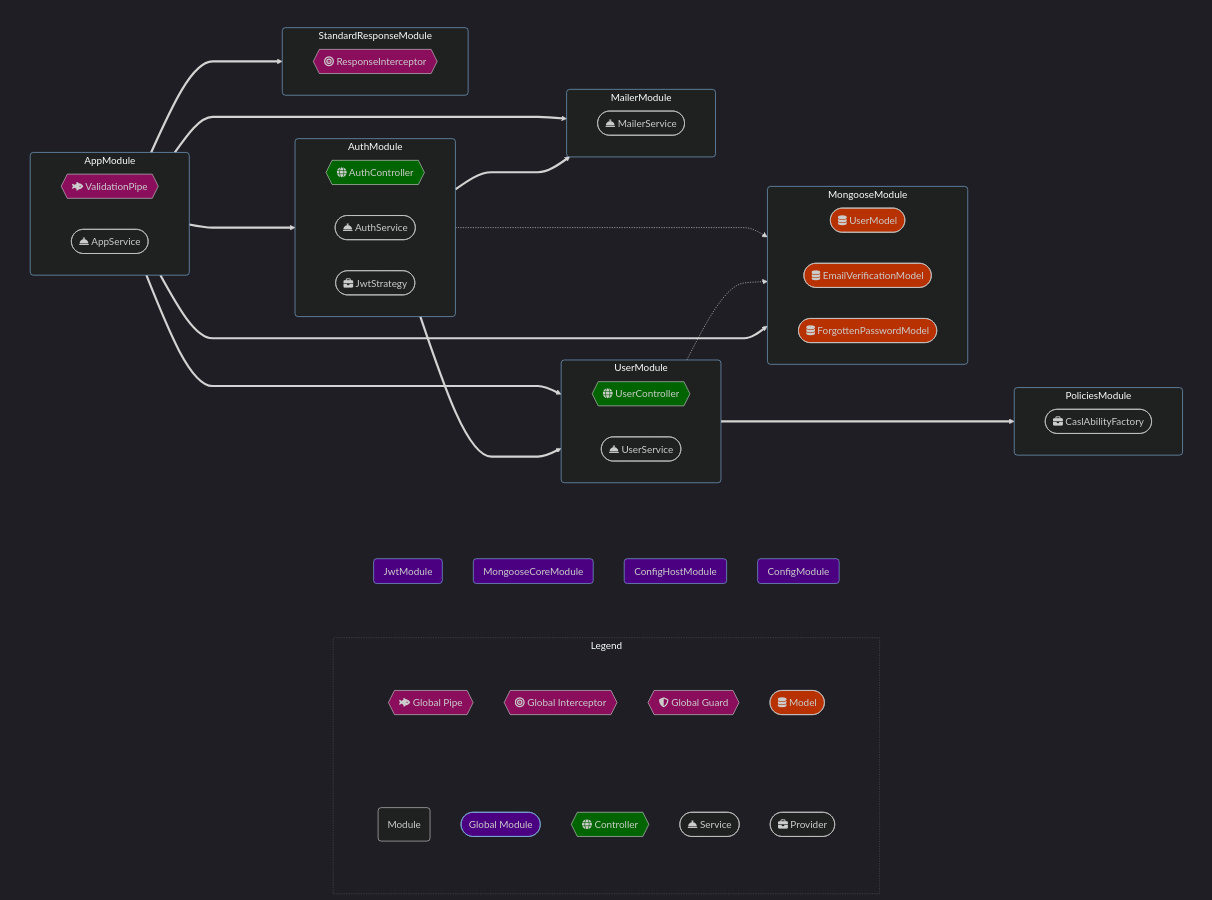
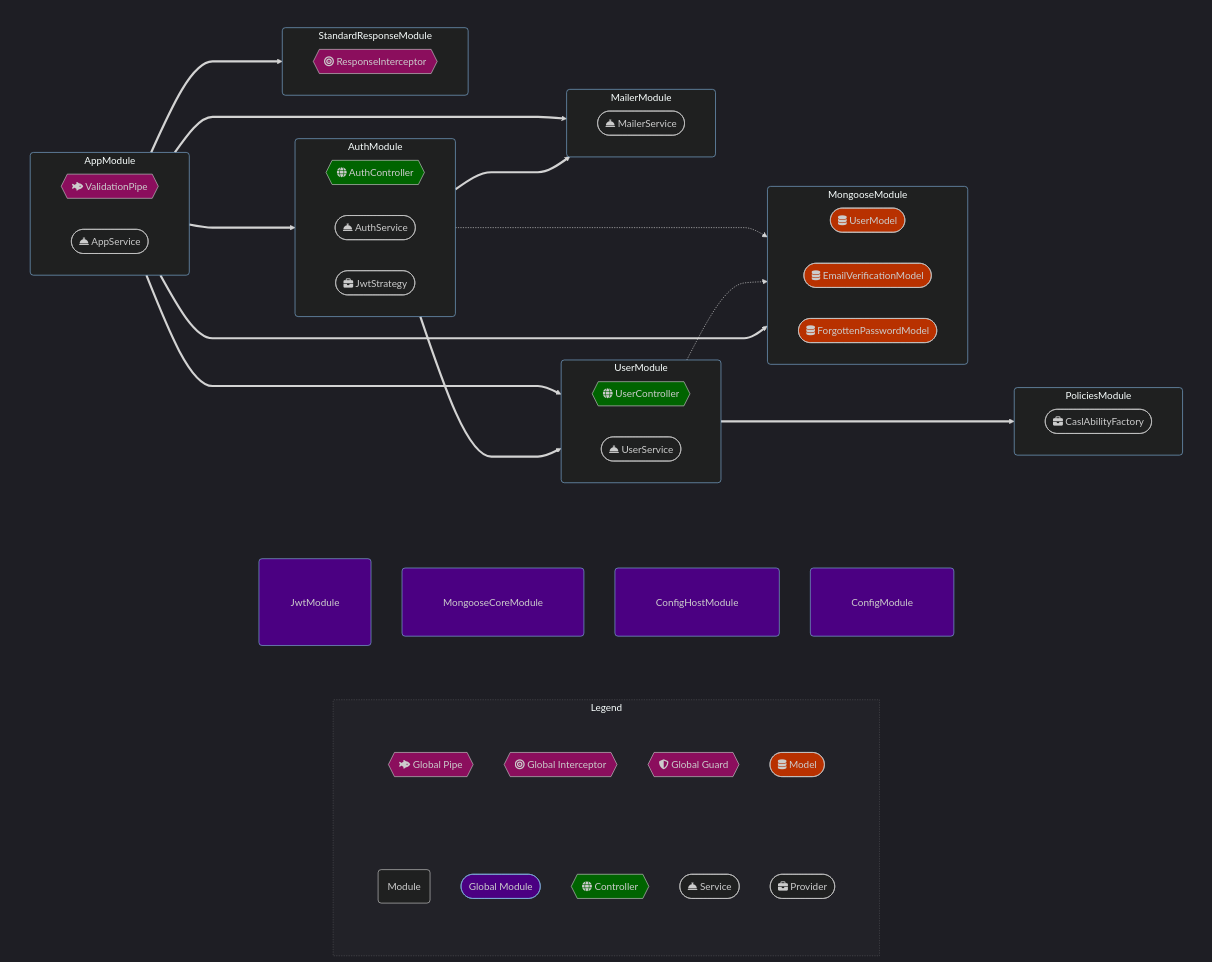
Before and after one commit to simioni/nest-pret: the diagram in README.md, drawn with Mermaid.

````diff
--- a/README.md
+++ b/README.md
@@ -255,9 +255,13 @@
 			Pipe{{fa:fa-fish-fins ValidationPipe}}:::pipe
 			AppService([fa:fa-bell-concierge AppService]):::service
 		end
-		subgraph ConfigModule
+		subgraph ConfigModule[ ]
+      subgraph ConfigModulePadding[ConfigModule]
+      end
 		end
-		subgraph ConfigHostModule
+		subgraph ConfigHostModule[ ]
+      subgraph ConfigHostModulePadding[ConfigHostModule]
+      end
 		end
 		subgraph MongooseModule
 			direction LR
@@ -265,7 +269,9 @@
 			EmailVerificationModel([fa:fa-database EmailVerificationModel]):::model
 			ForgottenPasswordModel([fa:fa-database ForgottenPasswordModel]):::model
 		end
-		subgraph MongooseCoreModule
+		subgraph MongooseCoreModule[ ]
+      subgraph MongooseCoreModulePadding[MongooseCoreModule]
+      end
 		end
 		subgraph StandardResponseModule
 			direction LR
@@ -290,7 +296,9 @@
 			direction LR
 			MailerService([fa:fa-bell-concierge MailerService]):::service
 		end
-		subgraph JwtModule
+		subgraph JwtModule[ ]
+      subgraph JwtModulePadding[JwtModule]
+		  end
 		end
 		
 		AppModule===>MongooseModule
@@ -316,7 +324,7 @@
 classDef layoutGroup fill:none,stroke:none
 classDef groupStyles rx:10,ry:10
 class legend groupStyles
-class modules,globalModules,legendLine1,legendLine2 layoutGroup
+class modules,globalModules,legendLine1,legendLine2,JwtModulePadding,MongooseCoreModulePadding,ConfigModulePadding,ConfigHostModulePadding layoutGroup
 class AppModule,MongooseModule,StandardResponseModule,AuthModule,UserModule,PoliciesModule,MailerModule moduleSubgraph
-style legend stroke-dasharray: 0 1 1,fill:none,opacity:0.95
+style legend stroke-dasharray: 0 1 1,fill:white,fill-opacity:0.02,opacity:0.95
 ```
````
